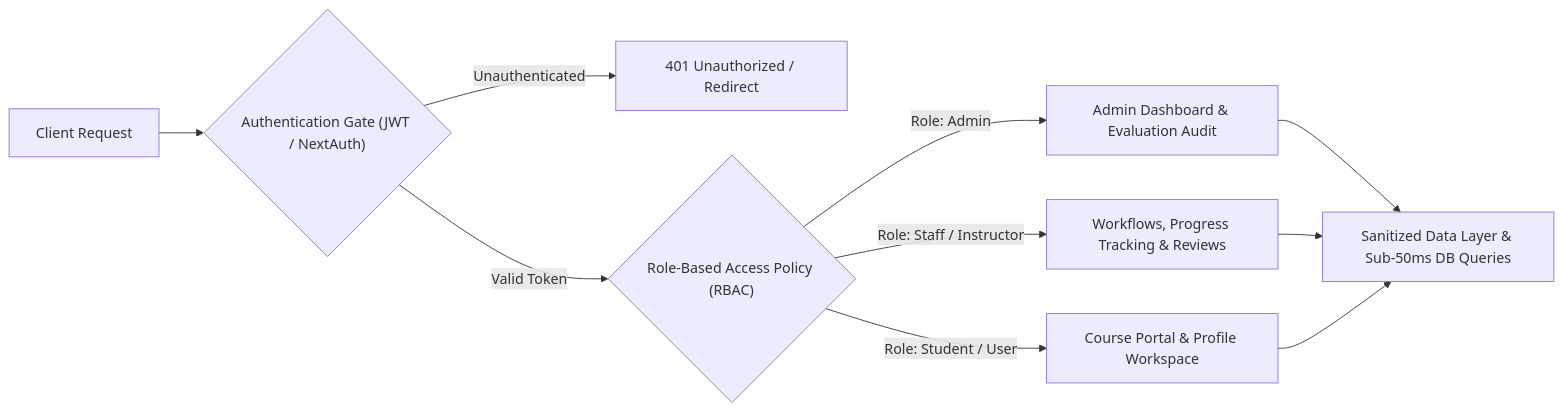
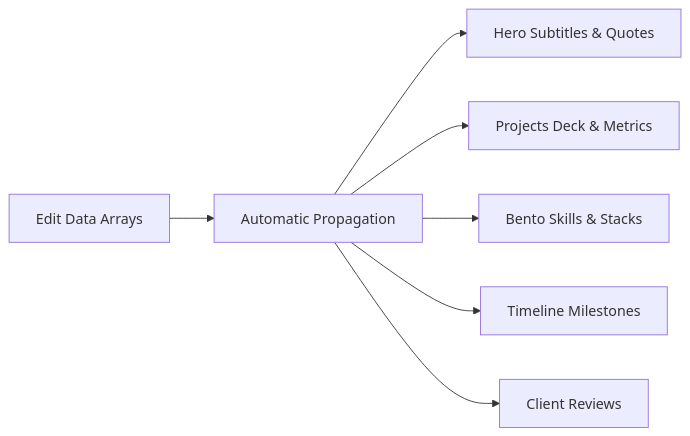
Before and after one commit to kenenisabeyan/Cinematic-pro: the fourth of 4 diagrams in README.md, drawn with Mermaid. The commit also changed other lines of this file, not shown here.

````diff
--- a/README.md
+++ b/README.md
@@ -126,12 +320,9 @@
 ```mermaid
 flowchart LR
-    A["Client Request"] --> B{"Authentication Gate (JWT / NextAuth)"}
-    B -- "Unauthenticated" --> C["401 Unauthorized / Redirect"]
-    B -- "Valid Token" --> D{"Role-Based Access Policy (RBAC)"}
-    
-    D -- "Role: Admin" --> E["Admin Dashboard & Evaluation Audit"]
-    D -- "Role: Staff / Instructor" --> F["Workflows, Progress Tracking & Reviews"]
-    D -- "Role: Student / User" --> G["Course Portal & Profile Workspace"]
-
-    E & F & G --> H["Sanitized Data Layer & Sub-50ms DB Queries"]
+    A["Edit Data Arrays"] --> B["Automatic Propagation"]
+    B --> C["Hero Subtitles & Quotes"]
+    B --> D["Projects Deck & Metrics"]
+    B --> E["Bento Skills & Stacks"]
+    B --> F["Timeline Milestones"]
+    B --> G["Client Reviews"]
 ```
````
